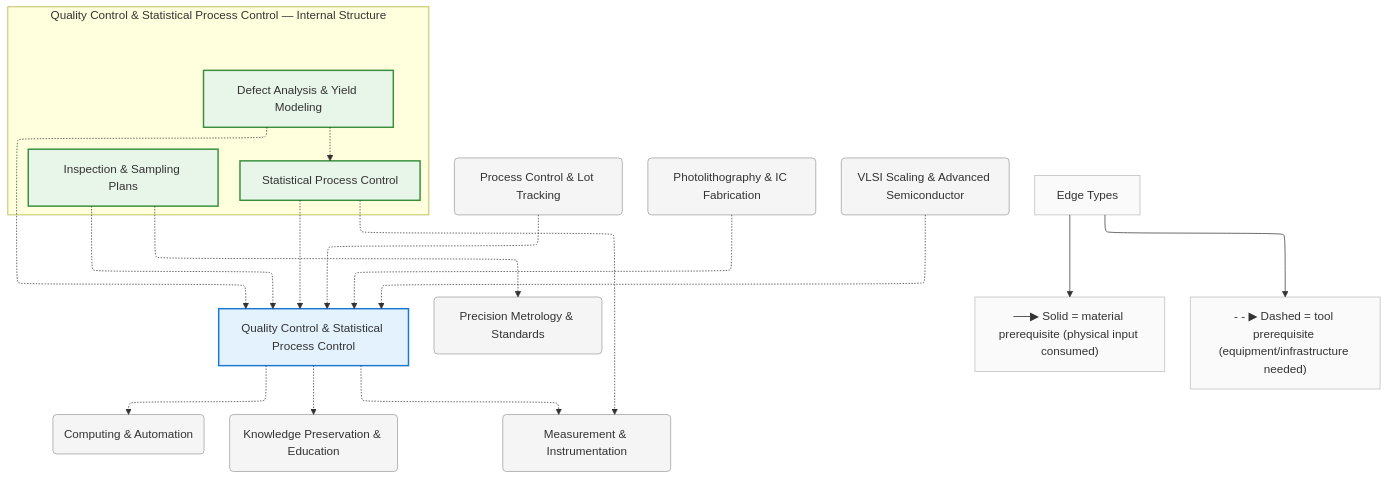
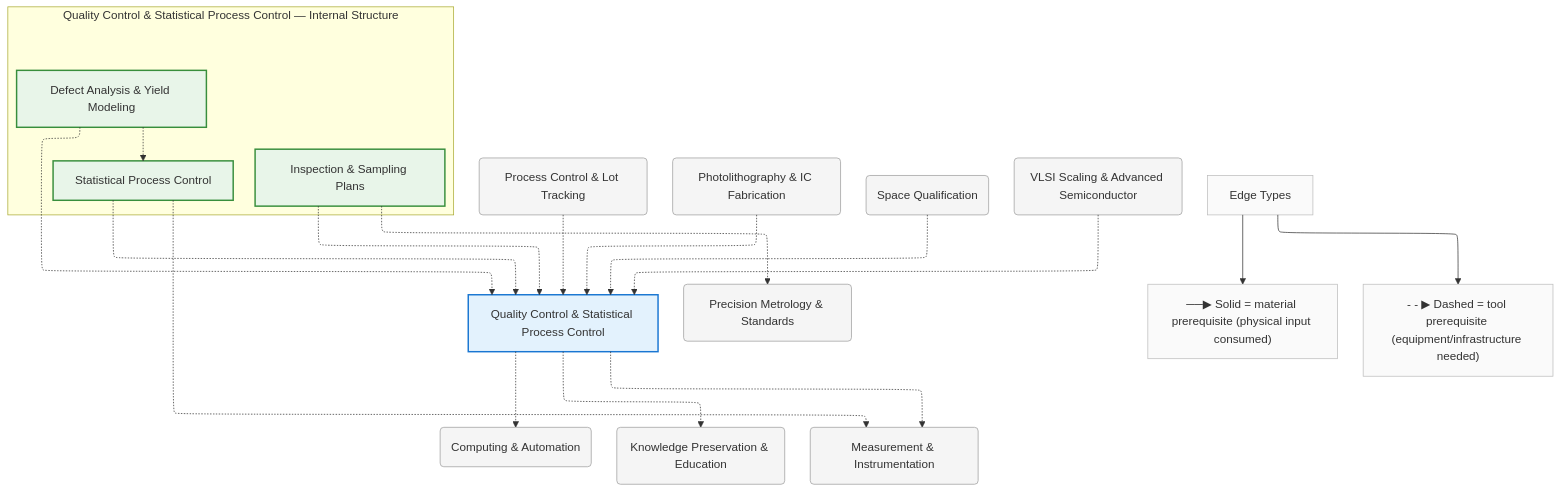
One commit to egofree/TechTree changed the diagram in diagrams/mermaid/quality-control.mmd. Above: the diagram before and after it, drawn with Mermaid. The commit also changed 1323 other files, not shown here.

```diff
--- a/diagrams/mermaid/quality-control.mmd
+++ b/diagrams/mermaid/quality-control.mmd
@@ -1,64 +1,67 @@
 %%{init: {"flowchart": {"defaultRenderer": "elk", "htmlLabels": true}}}%%
 graph TD
     %% Domain: Quality Control & Statistical Process Control
 
     %% ==================== INTERNAL NODES ====================
     subgraph quality-control_internal ["Quality Control & Statistical Process Control — Internal Structure"]
         direction TB
         quality-control_defect-analysis["Defect Analysis & Yield Modeling"]
         quality-control_inspection-sampling["Inspection & Sampling Plans"]
         quality-control_spc["Statistical Process Control"]
     end
 
     %% ==================== DOMAIN NODE ====================
     quality-control["Quality Control & Statistical Process Control"]
 
     %% ==================== EXTERNAL DEPENDENCIES ====================
     automation_process-control("Process Control & Lot Tracking")
     computing("Computing & Automation")
     knowledge("Knowledge Preservation & Education")
     measurement("Measurement & Instrumentation")
     measurement_precision-metrology("Precision Metrology & Standards")
     photolithography("Photolithography & IC Fabrication")
+    spacecraft-systems_space-qualification("Space Qualification")
     vlsi-scaling("VLSI Scaling & Advanced Semiconductor")
 
     %% ==================== EDGES ====================
     quality-control_defect-analysis -.-> quality-control_spc
     quality-control_defect-analysis -.-> quality-control
     quality-control_inspection-sampling -.-> quality-control
     quality-control_spc -.-> quality-control
     automation_process-control -.-> quality-control
     photolithography -.-> quality-control
     quality-control_inspection-sampling -.-> measurement_precision-metrology
     quality-control_spc -.-> measurement
     quality-control -.-> computing
     quality-control -.-> knowledge
     quality-control -.-> measurement
+    spacecraft-systems_space-qualification -.-> quality-control
     vlsi-scaling -.-> quality-control
 
     %% ==================== EDGE TYPE LEGEND ====================
     EdgeLegend["Edge Types"]
     EdgeLegend --> MatNote["──▶ Solid = material prerequisite (physical input consumed)"]
     EdgeLegend --> ToolNote["- - ▶ Dashed = tool prerequisite (equipment/infrastructure needed)"]
 
     %% ==================== STYLING ====================
     classDef domain fill:#e3f2fd,stroke:#1976d2,stroke-width:2px
     classDef capability fill:#e8f5e9,stroke:#388e3c,stroke-width:2px
     classDef process fill:#fff3e0,stroke:#f57c00,stroke-width:2px
     classDef critical fill:#fff3e0,stroke:#f57c00,stroke-width:3px
     classDef earlyWin fill:#e8f5e9,stroke:#388e3c,stroke-width:3px
     classDef pinnacle fill:#fce4ec,stroke:#c62828,stroke-width:3px
     classDef external fill:#f5f5f5,stroke:#9e9e9e,stroke-width:1px
     classDef legend fill:#fafafa,stroke:#bdbdbd,stroke-width:1px
     class quality-control domain
     class quality-control_defect-analysis capability
     class quality-control_inspection-sampling capability
     class quality-control_spc capability
     class automation_process-control external
     class computing external
     class knowledge external
     class measurement external
     class measurement_precision-metrology external
     class photolithography external
+    class spacecraft-systems_space-qualification external
     class vlsi-scaling external
     class EdgeLegend,MatNote,ToolNote legend
```
